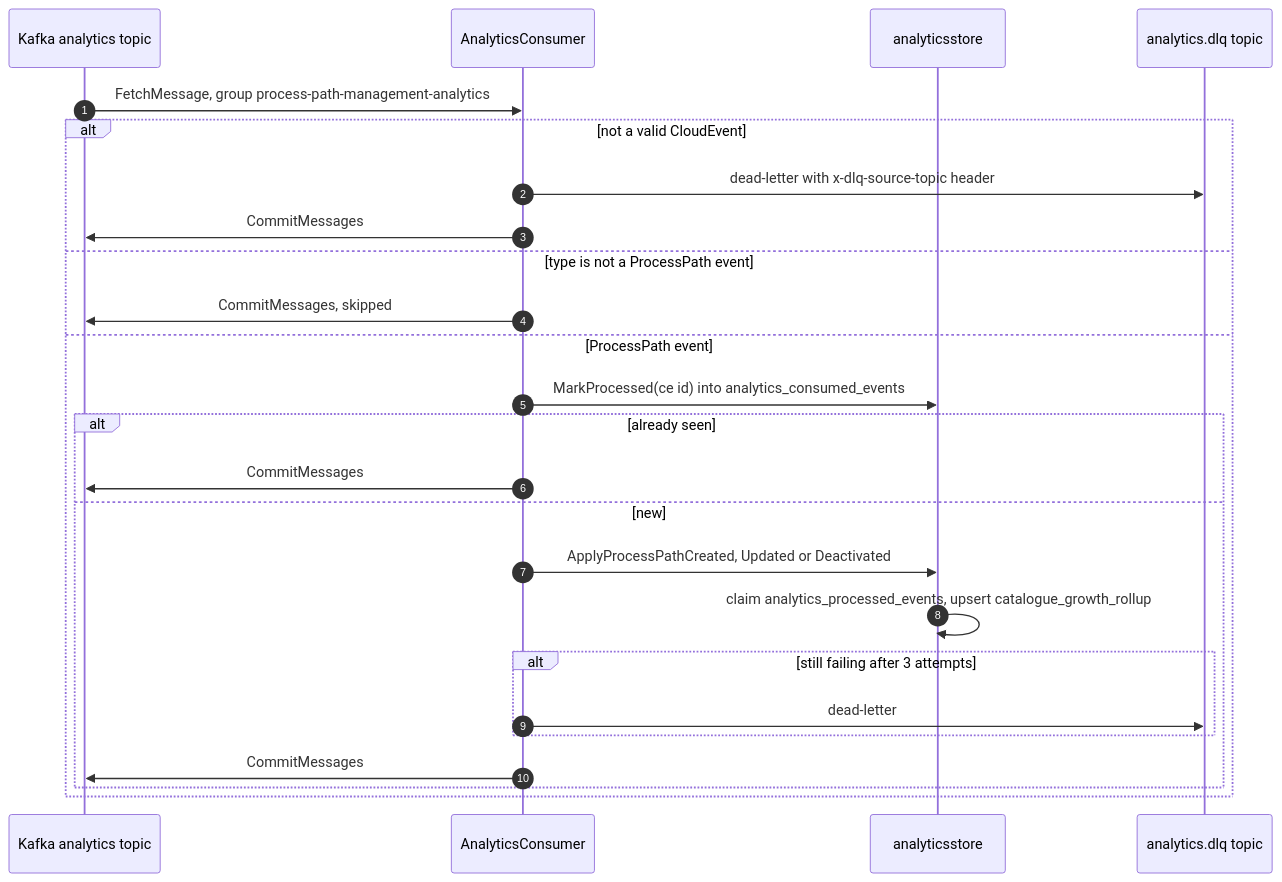
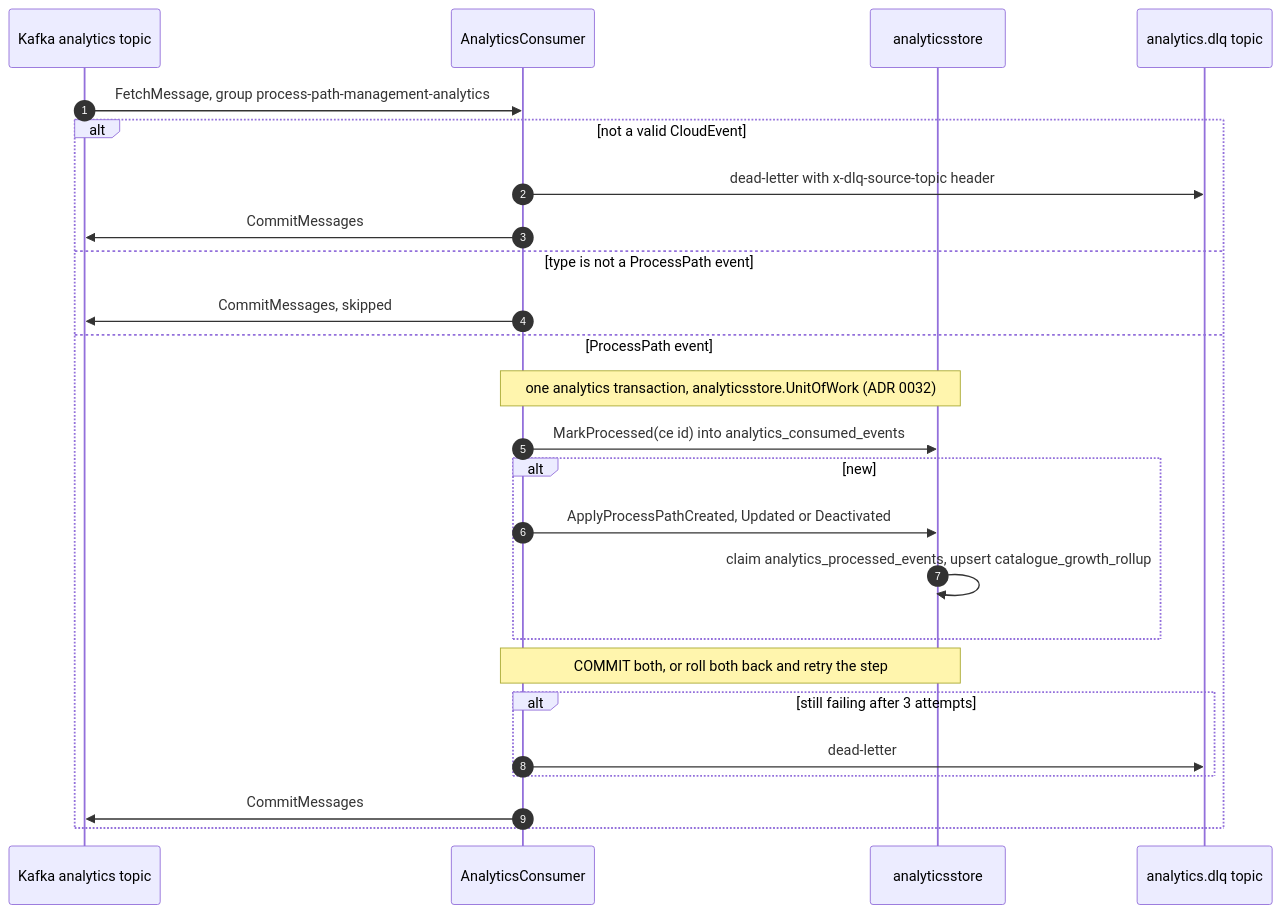
Before and after one commit to IQVO/warehouse-docs: the sixth of 6 diagrams in docs/contexts/process-path-management/sequence-diagrams.md, drawn with Mermaid. The commit also changed other lines of this file and 29 other files, not shown here.

````diff
--- a/docs/contexts/process-path-management/sequence-diagrams.md
+++ b/docs/contexts/process-path-management/sequence-diagrams.md
@@ -335,28 +335,28 @@
 ```mermaid
 sequenceDiagram
     autonumber
     participant T as Kafka analytics topic
     participant C as AnalyticsConsumer
     participant S as analyticsstore
     participant DLQ as analytics.dlq topic
 
     T->>C: FetchMessage, group process-path-management-analytics
     alt not a valid CloudEvent
         C->>DLQ: dead-letter with x-dlq-source-topic header
         C->>T: CommitMessages
     else type is not a ProcessPath event
         C->>T: CommitMessages, skipped
     else ProcessPath event
+        Note over C,S: one analytics transaction, analyticsstore.UnitOfWork (ADR 0032)
         C->>S: MarkProcessed(ce id) into analytics_consumed_events
-        alt already seen
-            C->>T: CommitMessages
-        else new
+        alt new
             C->>S: ApplyProcessPathCreated, Updated or Deactivated
             S->>S: claim analytics_processed_events, upsert catalogue_growth_rollup
-            alt still failing after 3 attempts
-                C->>DLQ: dead-letter
-            end
-            C->>T: CommitMessages
         end
+        Note over C,S: COMMIT both, or roll both back and retry the step
+        alt still failing after 3 attempts
+            C->>DLQ: dead-letter
+        end
+        C->>T: CommitMessages
     end
 ```
````
